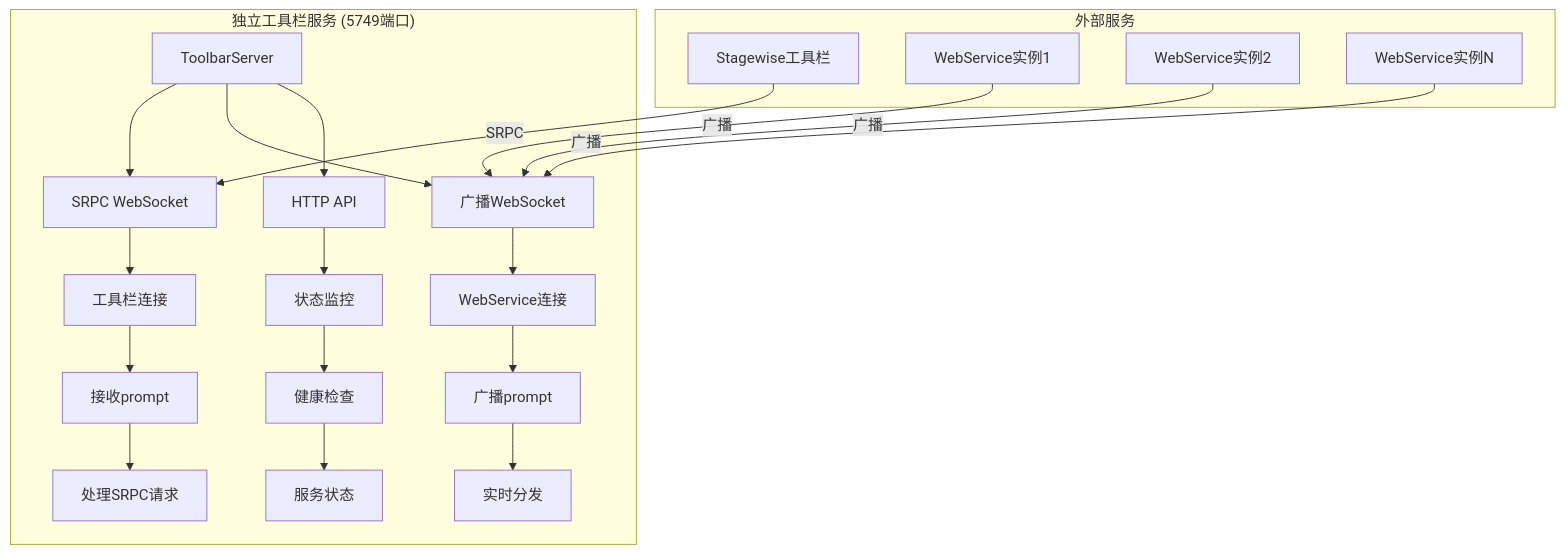
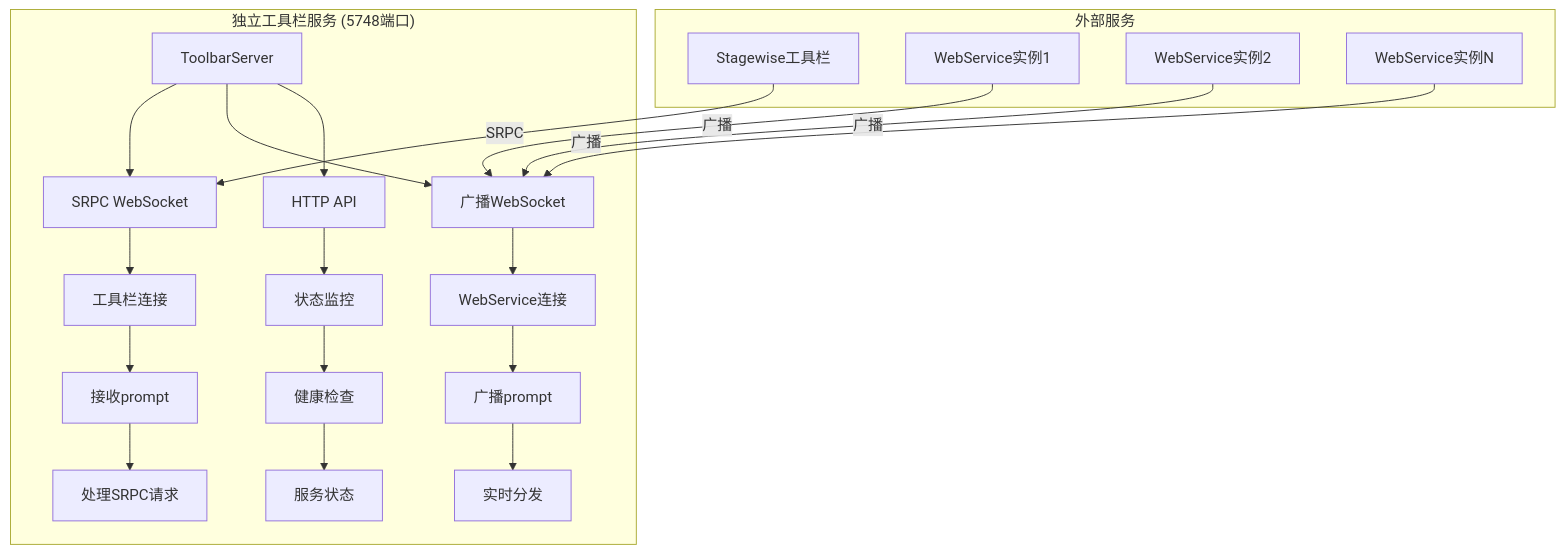
Before and after one commit to Songmengdi/mcp-feedback-collector: the first of 4 diagrams in docs/模块层/后端模块/服务器/独立工具栏服务.md, drawn with Mermaid. The commit also changed other lines of this file and 18 other files, not shown here.

````diff
--- a/docs/模块层/后端模块/服务器/独立工具栏服务.md
+++ b/docs/模块层/后端模块/服务器/独立工具栏服务.md
@@ -19,27 +19,27 @@
 ```mermaid
 graph TB
-    subgraph "独立工具栏服务 (5749端口)"
+    subgraph "独立工具栏服务 (5748端口)"
         A[ToolbarServer] --> B[SRPC WebSocket]
         A --> C[广播WebSocket]
         A --> D[HTTP API]
         
         B --> E[工具栏连接]
         C --> F[WebService连接]
         D --> G[状态监控]
         
         E --> H[接收prompt]
         F --> I[广播prompt]
         G --> J[健康检查]
         
         H --> K[处理SRPC请求]
         I --> L[实时分发]
         J --> M[服务状态]
     end
     
     subgraph "外部服务"
         N[Stagewise工具栏] --> |SRPC| B
         O[WebService实例1] --> |广播| C
         P[WebService实例2] --> |广播| C
         Q[WebService实例N] --> |广播| C
     end
 ```
````
